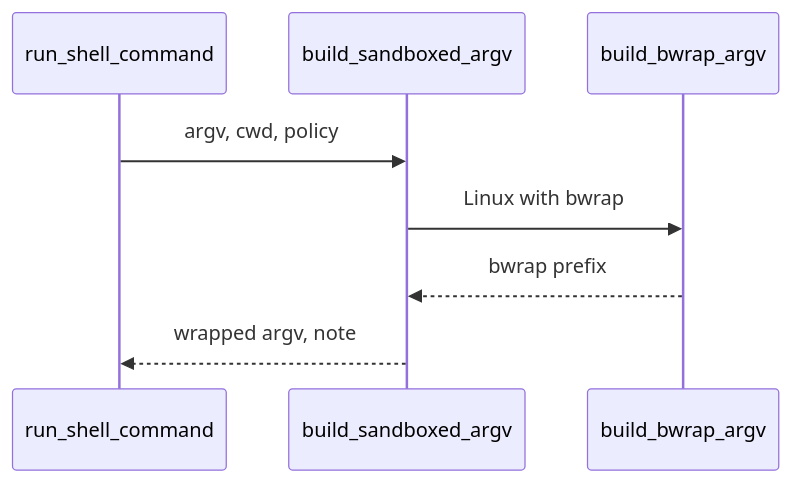
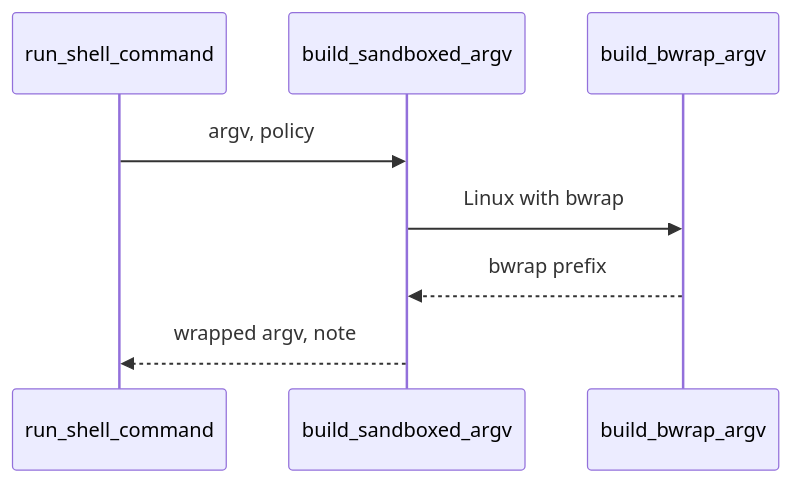
The third of 3 diagrams in docs/architecture/3-peripheral-flow/sandbox-enforcement.md (state-alchemists/zrb), drawn with Mermaid before and after one commit. The commit also changed other lines of this file and 16 other files, not shown here.

````diff
--- a/docs/architecture/3-peripheral-flow/sandbox-enforcement.md
+++ b/docs/architecture/3-peripheral-flow/sandbox-enforcement.md
@@ -104,10 +104,10 @@
 ```mermaid
 sequenceDiagram
     participant S as run_shell_command
     participant O as build_sandboxed_argv
     participant B as build_bwrap_argv
-    S->>O: argv, cwd, policy
+    S->>O: argv, policy
     O->>B: Linux with bwrap
     B-->>O: bwrap prefix
     O-->>S: wrapped argv, note
 ```
````
